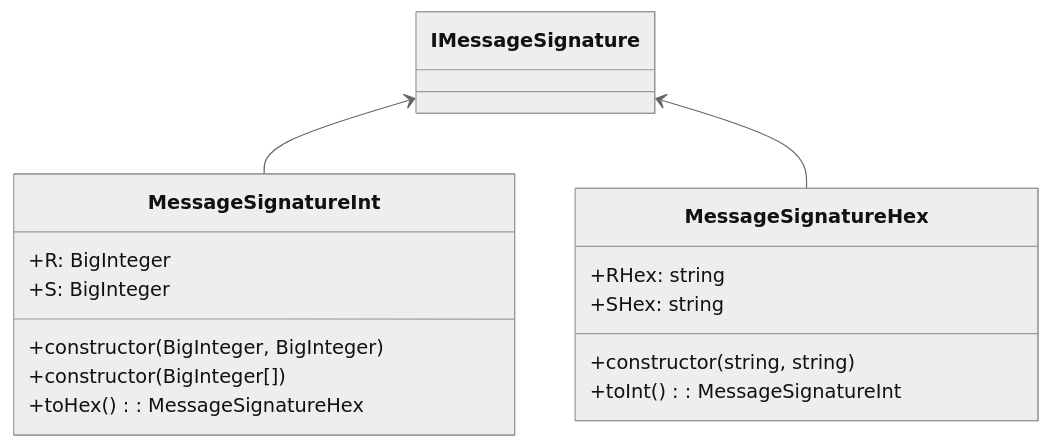
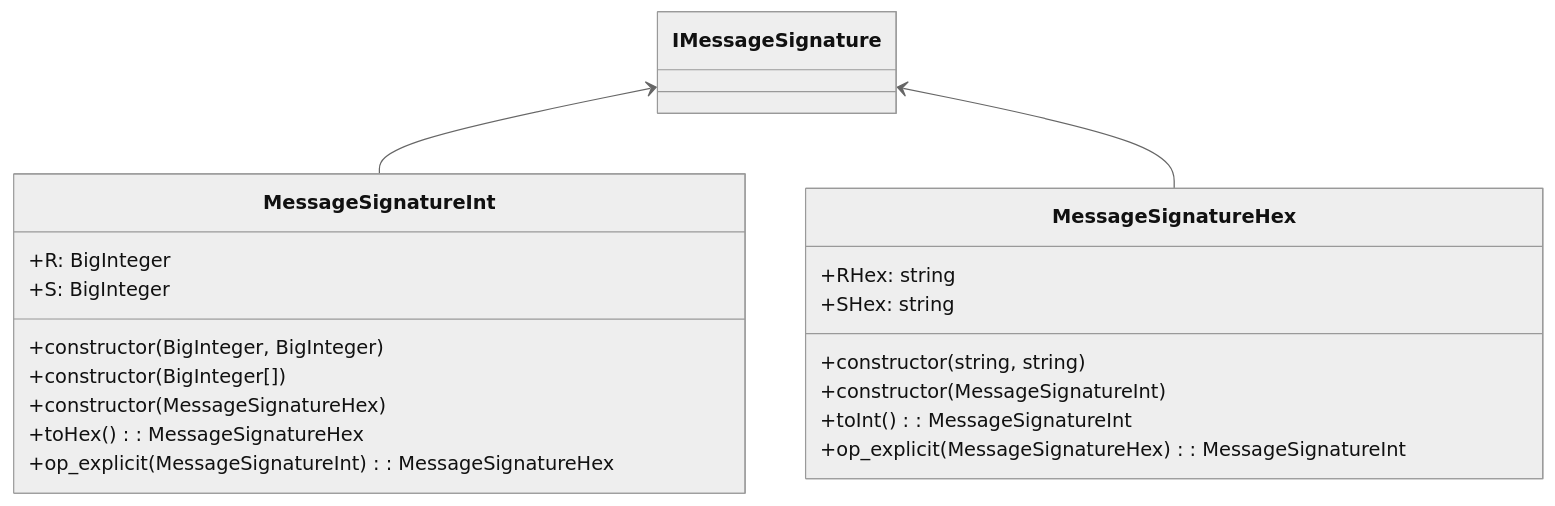
One commit to planet-nine-app/sessionless changed the third of 5 diagrams in src/csharp/README.md. Above: the diagram before and after it, drawn with Mermaid (neutral theme). The commit also changed other lines of this file, not shown here.

````diff
--- a/src/csharp/README.md
+++ b/src/csharp/README.md
@@ -44,20 +44,24 @@
 ```mermaid
 classDiagram
   class IMessageSignature { }
   class MessageSignatureInt {
     +R: BigInteger
     +S: BigInteger
     +constructor(BigInteger, BigInteger)
     +constructor(BigInteger[])
+    +constructor(MessageSignatureHex)
     +toHex(): MessageSignatureHex
+    +op_explicit(MessageSignatureInt): MessageSignatureHex
   }
   class MessageSignatureHex {
     +RHex: string
     +SHex: string
     +constructor(string, string)
+    +constructor(MessageSignatureInt)
     +toInt(): MessageSignatureInt
+    +op_explicit(MessageSignatureHex): MessageSignatureInt
   }
 
   IMessageSignature <-- MessageSignatureInt
   IMessageSignature <-- MessageSignatureHex
 ```
````
